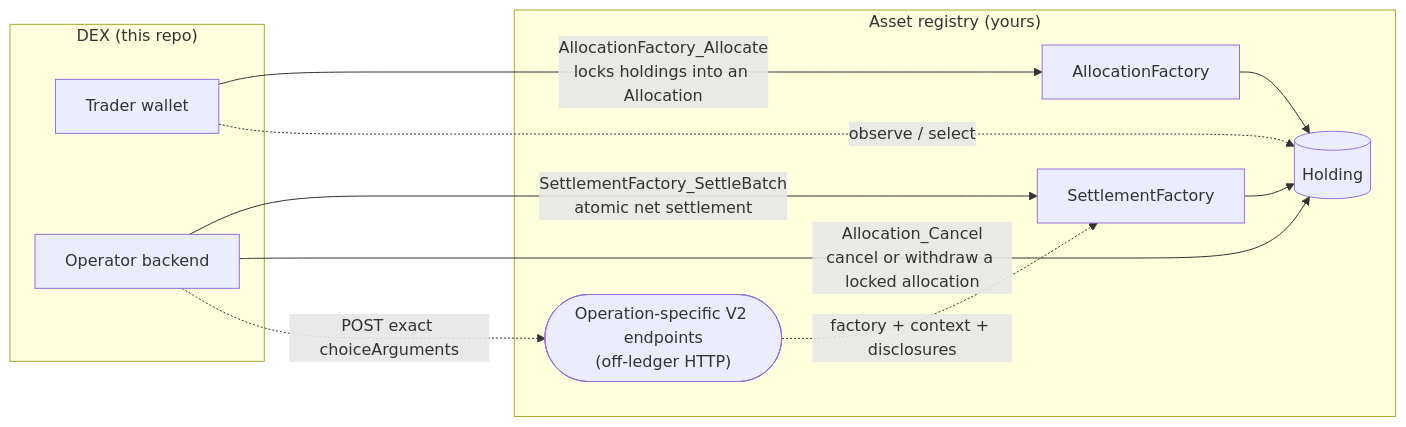
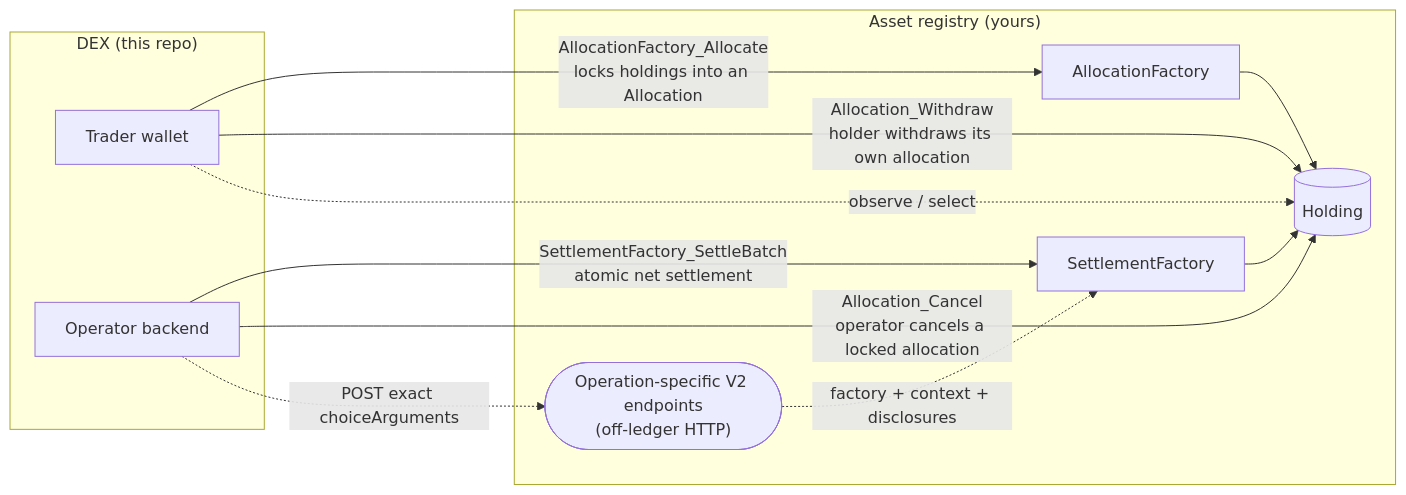
One commit to srikanth-bitdynamics/Canton-Dex-Reference-Implementation changed the diagram in docs/guides/registry-integration.md. Above: the diagram before and after it, drawn with Mermaid. The commit also changed other lines of this file and 18 other files, not shown here.

````diff
--- a/docs/guides/registry-integration.md
+++ b/docs/guides/registry-integration.md
@@ -15,21 +15,22 @@
 ```mermaid
 flowchart LR
   subgraph DEX["DEX (this repo)"]
     W["Trader wallet"]
     OB["Operator backend"]
   end
   subgraph REG["Asset registry (yours)"]
     AF["AllocationFactory"]
     SF["SettlementFactory"]
     H[("Holding")]
     CC(["Operation-specific V2 endpoints<br/>(off-ledger HTTP)"])
   end
   W -->|"AllocationFactory_Allocate<br/>locks holdings into an Allocation"| AF
   OB -->|"SettlementFactory_SettleBatch<br/>atomic net settlement"| SF
-  OB -->|"Allocation_Cancel<br/>cancel or withdraw a locked allocation"| H
+  OB -->|"Allocation_Cancel<br/>operator cancels a locked allocation"| H
+  W -->|"Allocation_Withdraw<br/>holder withdraws its own allocation"| H
   W -.->|"observe / select"| H
   AF --> H
   SF --> H
   OB -.->|"POST exact choiceArguments"| CC
   CC -.->|"factory + context + disclosures"| SF
 ```
````
